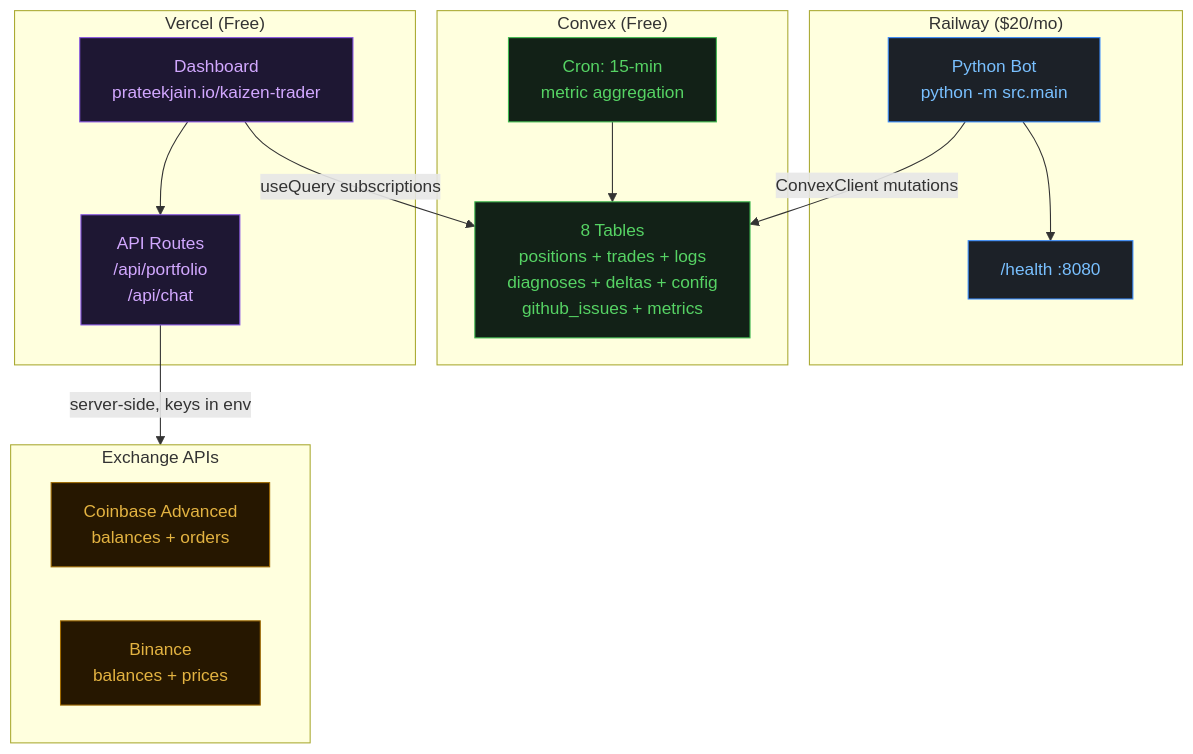
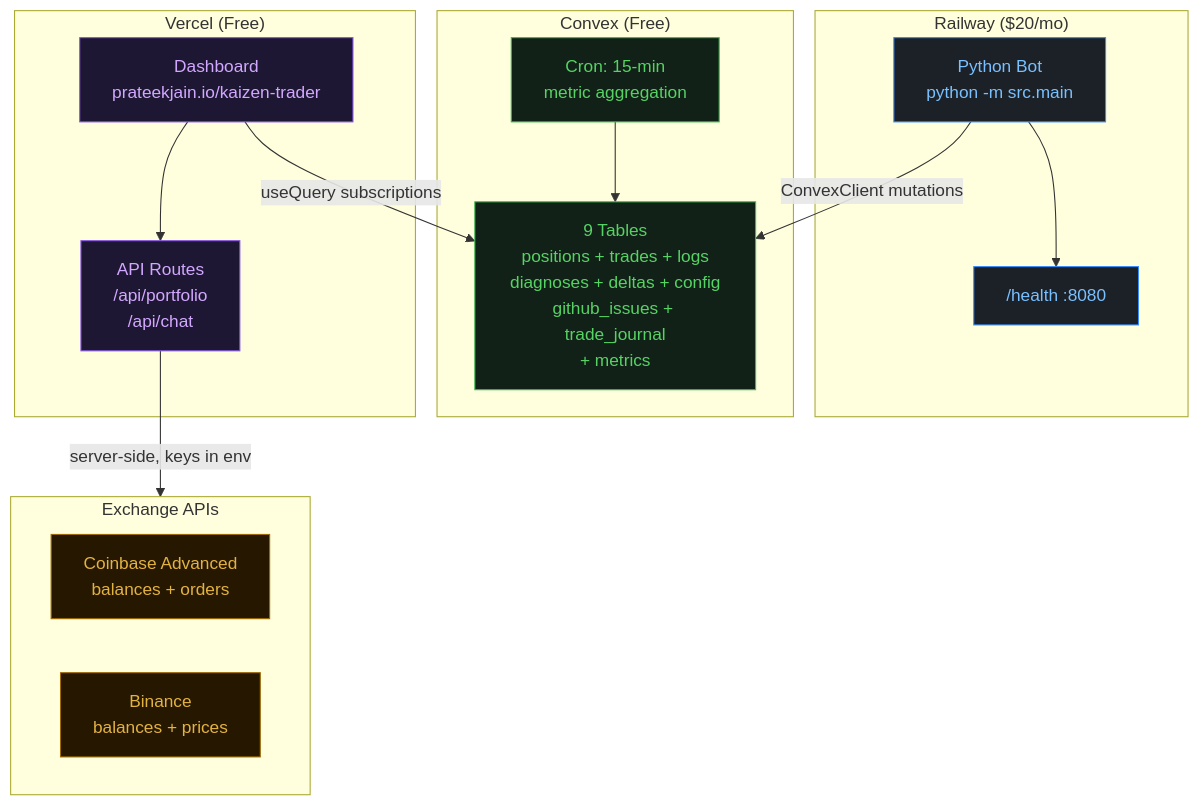
Before and after one commit to prateekjain98/kaizen-trader: the second of 3 diagrams in docs/architecture.md, drawn with Mermaid. The commit also changed other lines of this file and 43 other files, not shown here.

````diff
--- a/docs/architecture.md
+++ b/docs/architecture.md
@@ -73,39 +73,39 @@
 ```mermaid
 flowchart TB
     subgraph railway["Railway ($20/mo)"]
         BOT["Python Bot\npython -m src.main"]
         HEALTH["/health :8080"]
         BOT --> HEALTH
     end
 
     subgraph convex["Convex (Free)"]
-        TABLES["8 Tables\npositions + trades + logs\ndiagnoses + deltas + config\ngithub_issues + metrics"]
+        TABLES["9 Tables\npositions + trades + logs\ndiagnoses + deltas + config\ngithub_issues + trade_journal\n+ metrics"]
         CRON["Cron: 15-min\nmetric aggregation"]
     end
 
     subgraph vercel["Vercel (Free)"]
         DASH["Dashboard\nprateekjain.io/kaizen-trader"]
         API["API Routes\n/api/portfolio\n/api/chat"]
     end
 
     subgraph exchanges["Exchange APIs"]
         CB_API["Coinbase Advanced\nbalances + orders"]
         BN_API["Binance\nbalances + prices"]
     end
 
     BOT -->|"ConvexClient mutations"| TABLES
     CRON --> TABLES
     DASH -->|"useQuery subscriptions"| TABLES
     API -->|"server-side, keys in env"| exchanges
     DASH --> API
 
     classDef infra fill:#1c2128,stroke:#388bfd,color:#79c0ff
     classDef db fill:#122117,stroke:#3fb950,color:#56d364
     classDef web fill:#1e1733,stroke:#8957e5,color:#d2a8ff
     classDef ext fill:#261700,stroke:#9e6a03,color:#e3b341
 
     class BOT,HEALTH infra
     class TABLES,CRON db
     class DASH,API web
     class CB_API,BN_API ext
 ```
````
